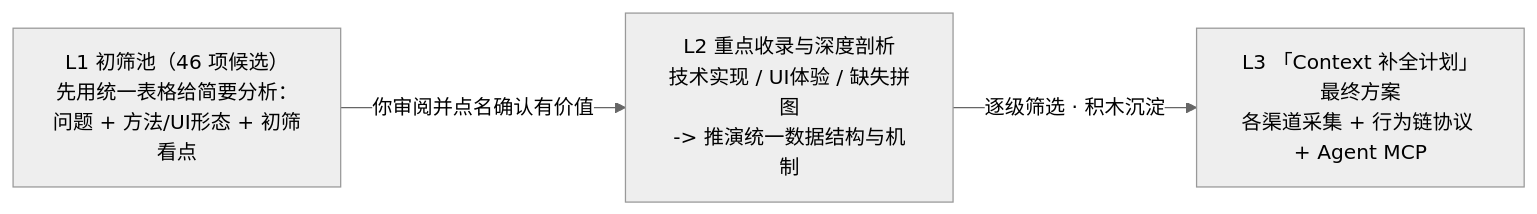
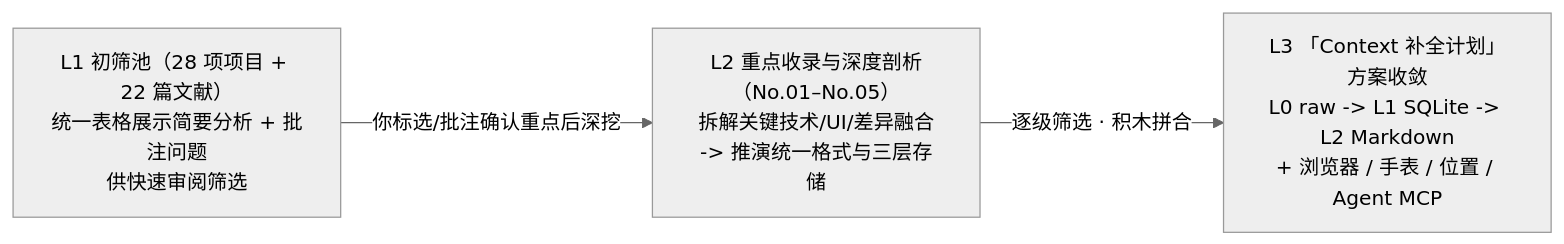
One commit to BENZEMA216/context-instrumentality-project changed the diagram in README.md. Above: the diagram before and after it, drawn with Mermaid (neutral theme). The commit also changed other lines of this file and 2 other files, not shown here.

Commit message:
docs(schema): sync Google Sheet review with L2 deep dives, QA and 4 new candidates

````diff
--- a/README.md
+++ b/README.md
@@ -29,5 +34,5 @@
 ```mermaid
 flowchart LR
-    L1["L1 初筛池（46 项候选）\n先用统一表格给简要分析：\n问题 + 方法/UI形态 + 初筛看点"] -->|"你审阅并点名确认有价值"| L2["L2 重点收录与深度剖析\n技术实现 / UI体验 / 缺失拼图\n-> 推演统一数据结构与机制"]
-    L2 -->|"逐级筛选 · 积木沉淀"| L3["L3 「Context 补全计划」最终方案\n各渠道采集 + 行为链协议 + Agent MCP"]
+    L1["L1 初筛池（28 项项目 + 22 篇文献）\n统一表格展示简要分析 + 批注问题\n供快速审阅筛选"] -->|"你标选/批注确认重点后深挖"| L2["L2 重点收录与深度剖析（No.01–No.05）\n拆解关键技术/UI/差异融合\n-> 推演统一格式与三层存储"]
+    L2 -->|"逐级筛选 · 积木拼合"| L3["L3 「Context 补全计划」方案收敛\nL0 raw -> L1 SQLite -> L2 Markdown\n+ 浏览器 / 手表 / 位置 / Agent MCP"]
 ```
````
